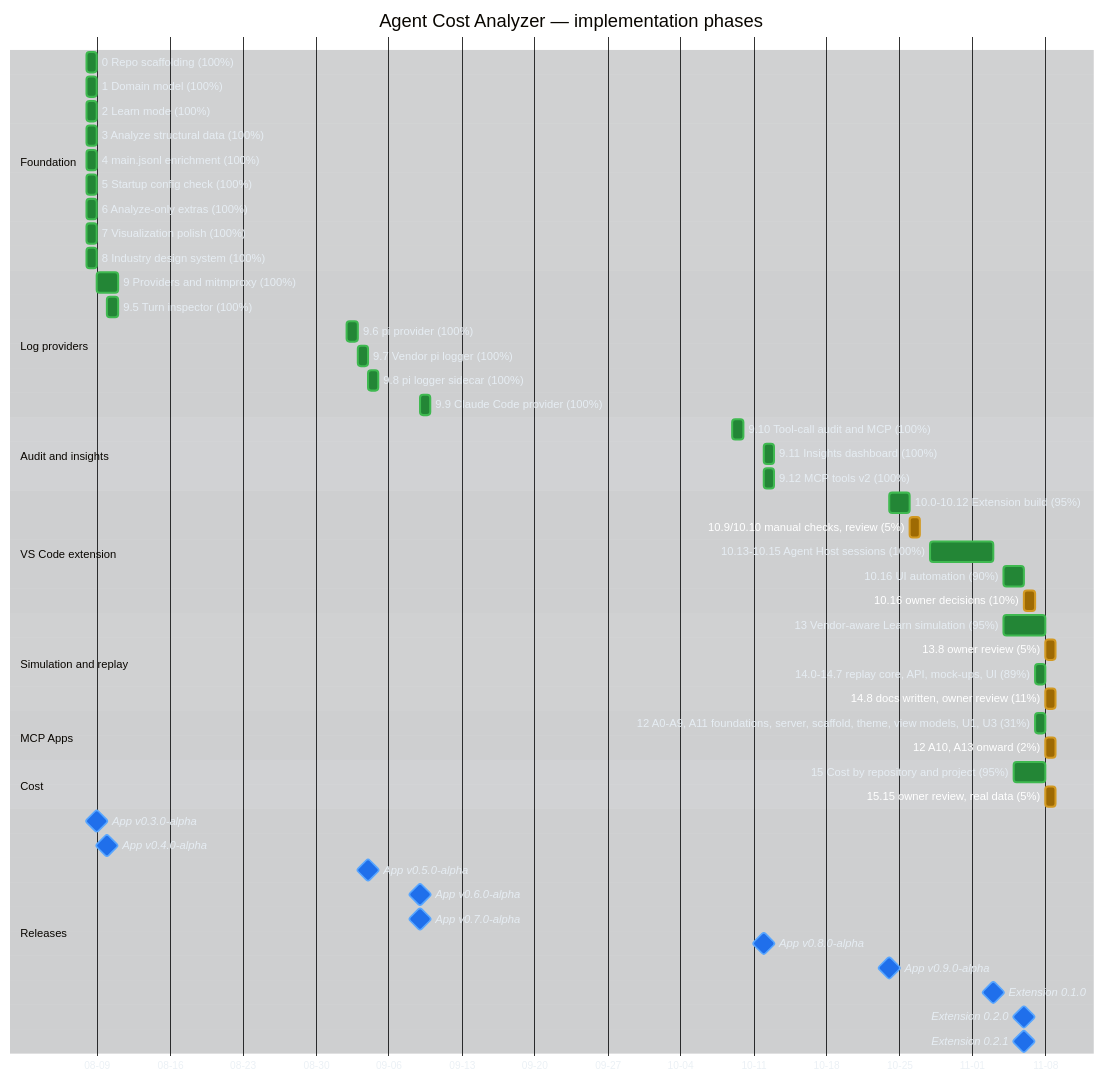
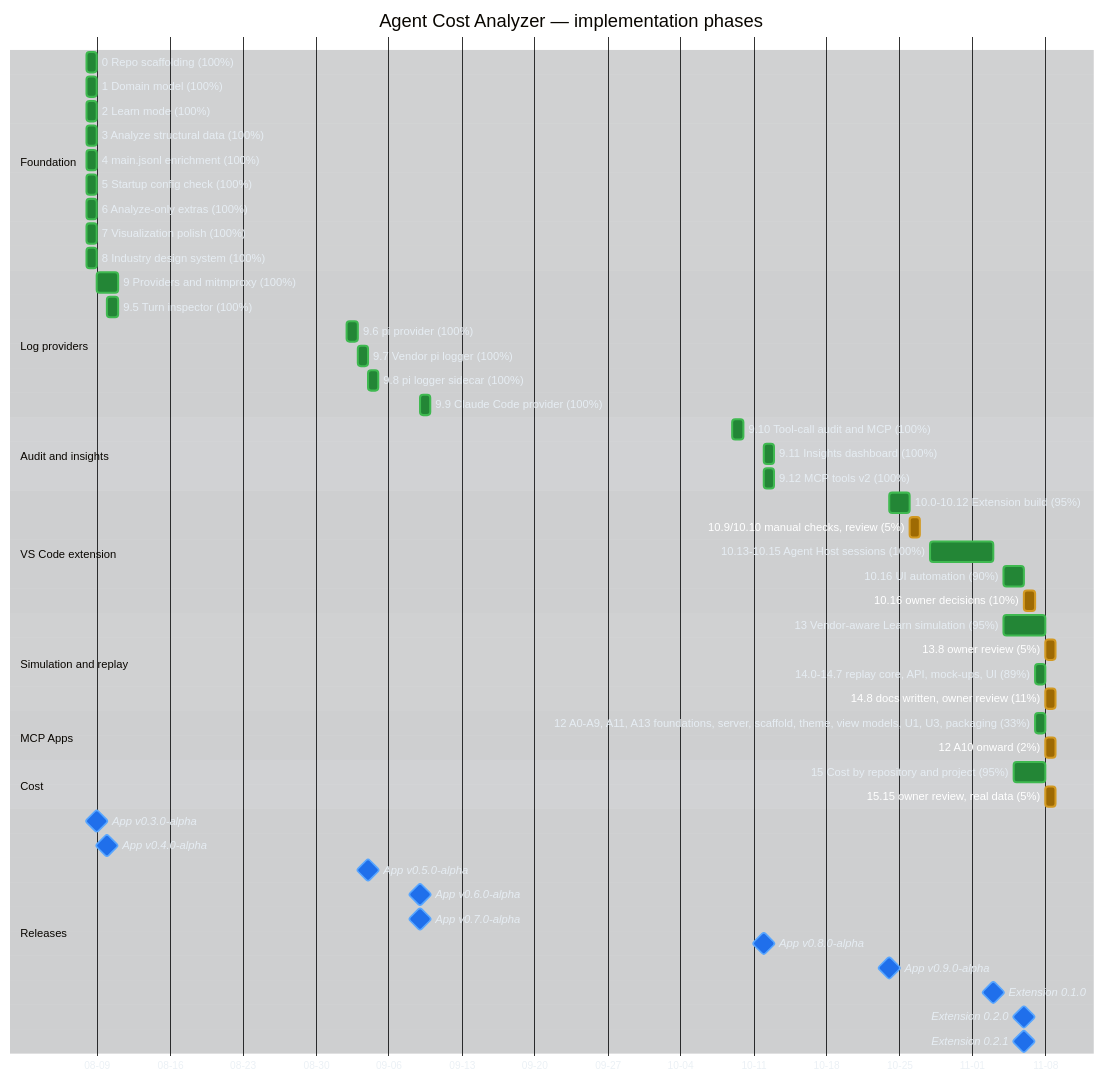
One commit to raulkivi/agent-cost-analyzer changed the first of 2 diagrams in docs/implementation-plan-gantt.md. Above: the diagram before and after it, drawn with Mermaid. The commit also changed other lines of this file and 40 other files, not shown here.

First line of the commit message:
Phase 12 A10 + A13: U2 CostRollupView and packaging of the MCP App views (#187)

```diff
--- a/docs/implementation-plan-gantt.md
+++ b/docs/implementation-plan-gantt.md
@@ -76,8 +76,8 @@
     14.8 docs written, owner review (11%)  :active, p14r, after p14, 1d
 
     section MCP Apps
-    12 A0-A9, A11 foundations, server, scaffold, theme, view models, U1, U3 (31%) :done, p12a, 2026-11-07, 1d
-    12 A10, A13 onward (2%) :active, p12b, after p12a, 1d
+    12 A0-A9, A11, A13 foundations, server, scaffold, theme, view models, U1, U3, packaging (33%) :done, p12a, 2026-11-07, 1d
+    12 A10 onward (2%) :active, p12b, after p12a, 1d
 
     section Cost
     15 Cost by repository and project (95%) :done, p15, 2026-11-05, 3d
```
